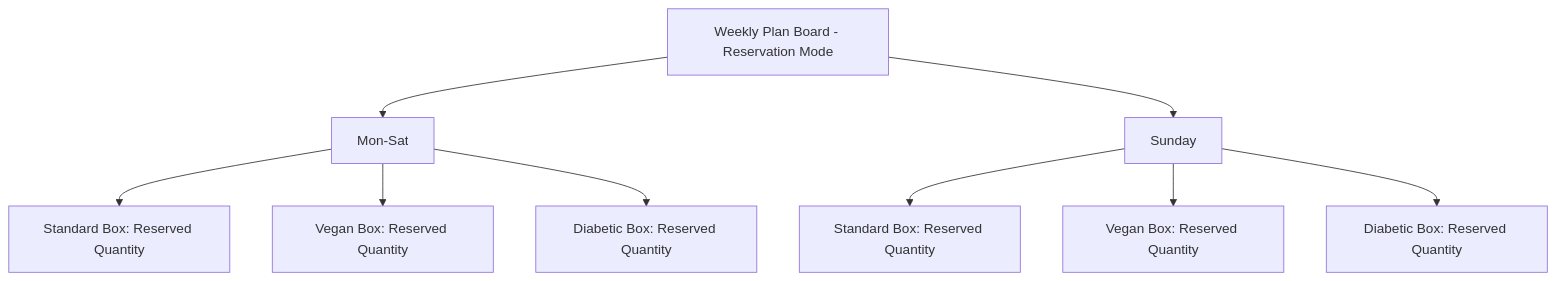
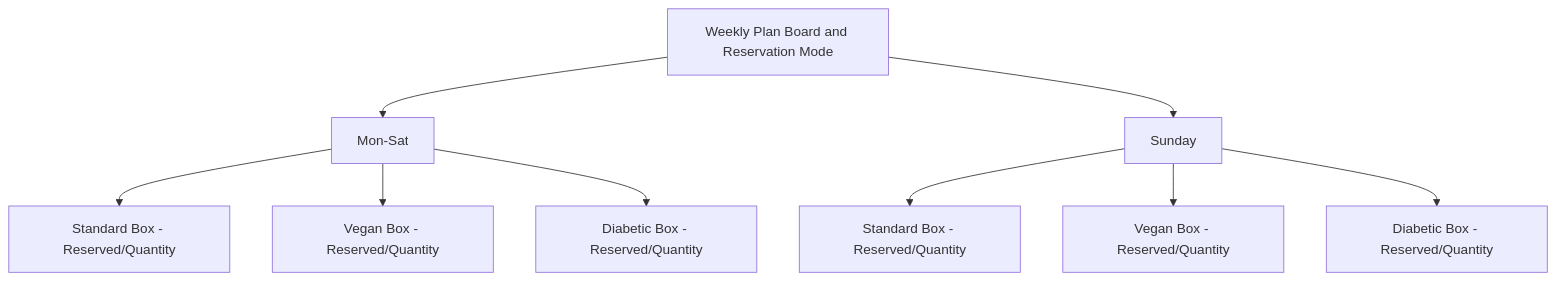
The fifth of 6 diagrams in planning/ConceptInterfaces.md (vanakenm/hyf-frontend-template), drawn with Mermaid before and after one commit. The commit also changed other lines of this file, not shown here.

Commit message:
diagram2

````diff
--- a/planning/ConceptInterfaces.md
+++ b/planning/ConceptInterfaces.md
@@ -66,16 +66,16 @@
 ```mermaid
 graph TD
-    A[Weekly Plan Board - Reservation Mode] --> B[Mon-Sat]
+    A[ Weekly Plan Board and Reservation Mode] --> B[Mon-Sat]
     A --> H[Sunday]
 
     %% Box Types (horizontal for Mon-Sat)
-    B --> B1[Standard Box: Reserved Quantity]
-    B --> B2[Vegan Box: Reserved Quantity]
-    B --> B3[Diabetic Box: Reserved Quantity]
+    B --> B1[Standard Box - Reserved/Quantity]
+    B --> B2[Vegan Box - Reserved/Quantity]
+    B --> B3[Diabetic Box - Reserved/Quantity]
 
     %% Box Types (horizontal for Sunday)
-    H --> H1[Standard Box: Reserved Quantity]
-    H --> H2[Vegan Box: Reserved Quantity]
-    H --> H3[Diabetic Box: Reserved Quantity]
+    H --> H1[Standard Box - Reserved/Quantity]
+    H --> H2[Vegan Box - Reserved/Quantity]
+    H --> H3[Diabetic Box - Reserved/Quantity]
 
 ```
````
